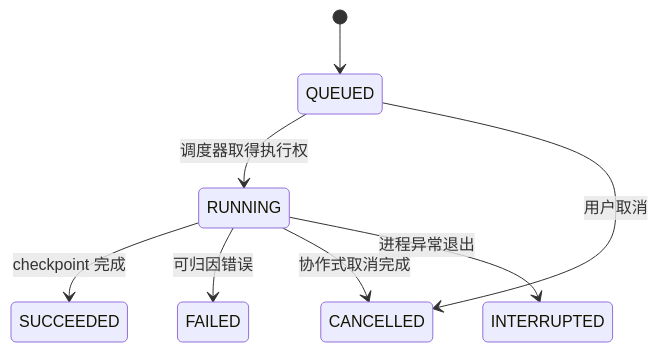
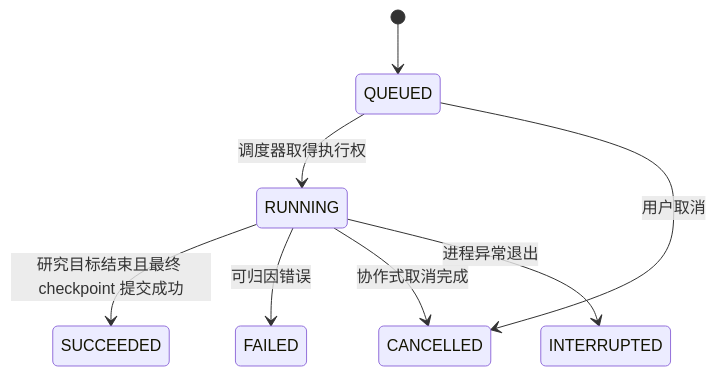
Before and after one commit to Knight-Jo/collection-agent: the fourth of 11 diagrams in docs/architecture/conversational-research-task-architecture.md, drawn with Mermaid. The commit also changed other lines of this file and 1 other file, not shown here.

Commit message:
docs: freeze conversational architecture baseline

````diff
--- a/docs/architecture/conversational-research-task-architecture.md
+++ b/docs/architecture/conversational-research-task-architecture.md
@@ -391,10 +421,10 @@
 ```mermaid
 stateDiagram-v2
     [*] --> QUEUED
     QUEUED --> RUNNING: 调度器取得执行权
     QUEUED --> CANCELLED: 用户取消
-    RUNNING --> SUCCEEDED: checkpoint 完成
+    RUNNING --> SUCCEEDED: 研究目标结束且最终 checkpoint 提交成功
     RUNNING --> FAILED: 可归因错误
     RUNNING --> CANCELLED: 协作式取消完成
     RUNNING --> INTERRUPTED: 进程异常退出
 ```
````
